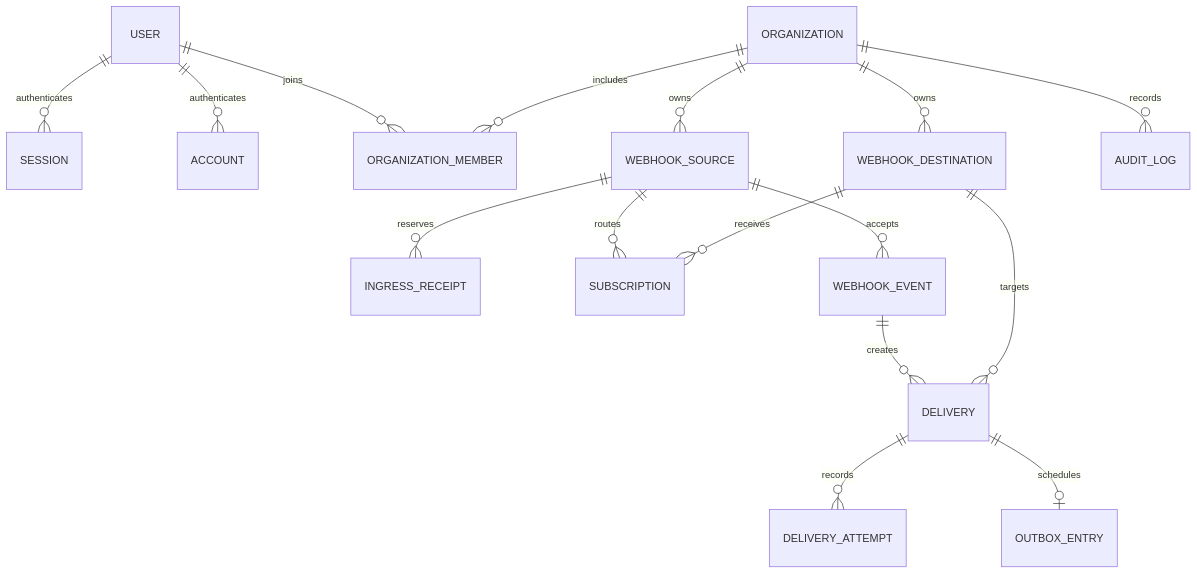
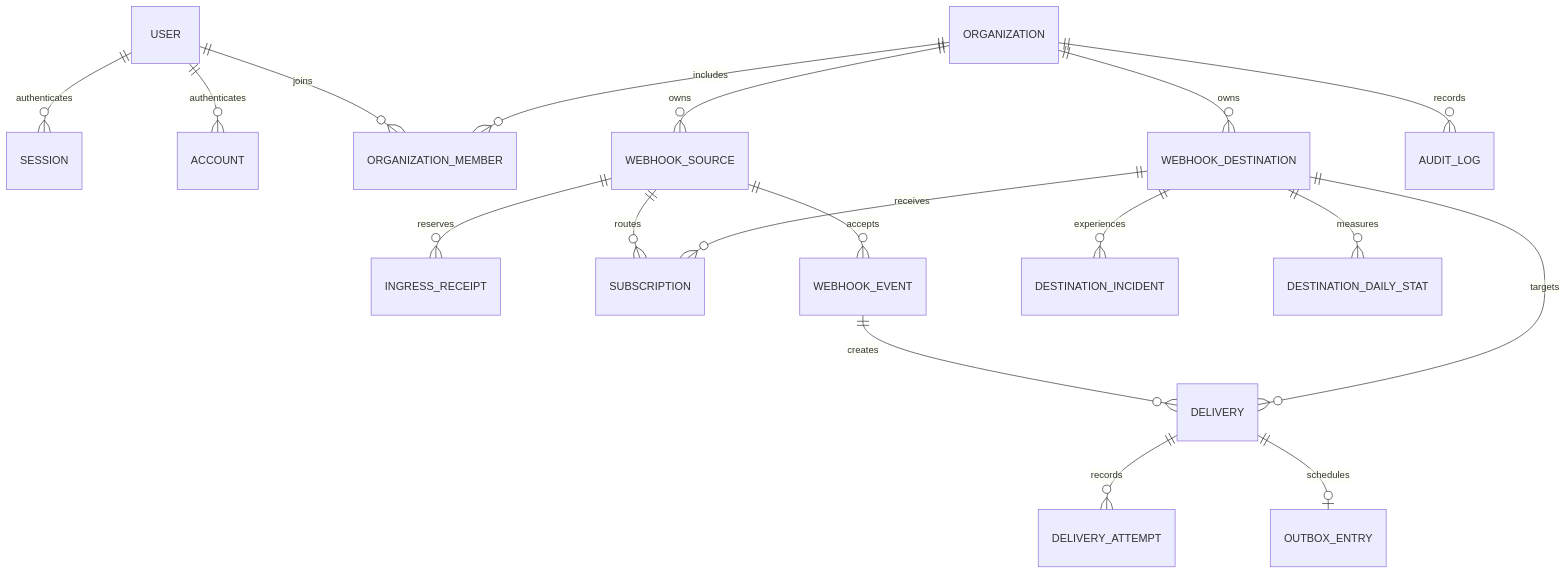
The diagram in docs/database.md (jacknegri89/RelayHub), drawn with Mermaid before and after one commit. The commit also changed other lines of this file and 59 other files, not shown here.

Commit message:
Guide webhook delivery and monitor destination health across devices

````diff
--- a/docs/database.md
+++ b/docs/database.md
@@ -7,18 +7,20 @@
 ```mermaid
 erDiagram
     USER ||--o{ SESSION : authenticates
     USER ||--o{ ACCOUNT : authenticates
     USER ||--o{ ORGANIZATION_MEMBER : joins
     ORGANIZATION ||--o{ ORGANIZATION_MEMBER : includes
     ORGANIZATION ||--o{ WEBHOOK_SOURCE : owns
     ORGANIZATION ||--o{ WEBHOOK_DESTINATION : owns
     ORGANIZATION ||--o{ AUDIT_LOG : records
     WEBHOOK_SOURCE ||--o{ INGRESS_RECEIPT : reserves
     WEBHOOK_SOURCE ||--o{ SUBSCRIPTION : routes
     WEBHOOK_DESTINATION ||--o{ SUBSCRIPTION : receives
     WEBHOOK_SOURCE ||--o{ WEBHOOK_EVENT : accepts
     WEBHOOK_EVENT ||--o{ DELIVERY : creates
     WEBHOOK_DESTINATION ||--o{ DELIVERY : targets
+    WEBHOOK_DESTINATION ||--o{ DESTINATION_INCIDENT : experiences
+    WEBHOOK_DESTINATION ||--o{ DESTINATION_DAILY_STAT : measures
     DELIVERY ||--o{ DELIVERY_ATTEMPT : records
     DELIVERY ||--o| OUTBOX_ENTRY : schedules
 ```
````
